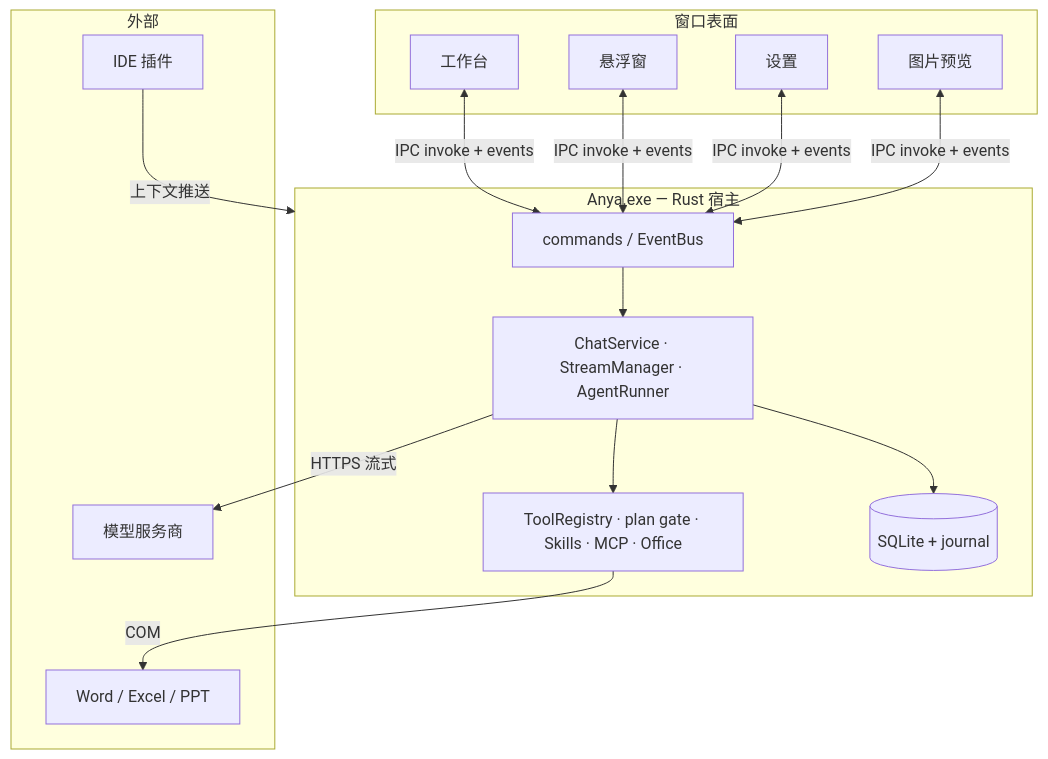
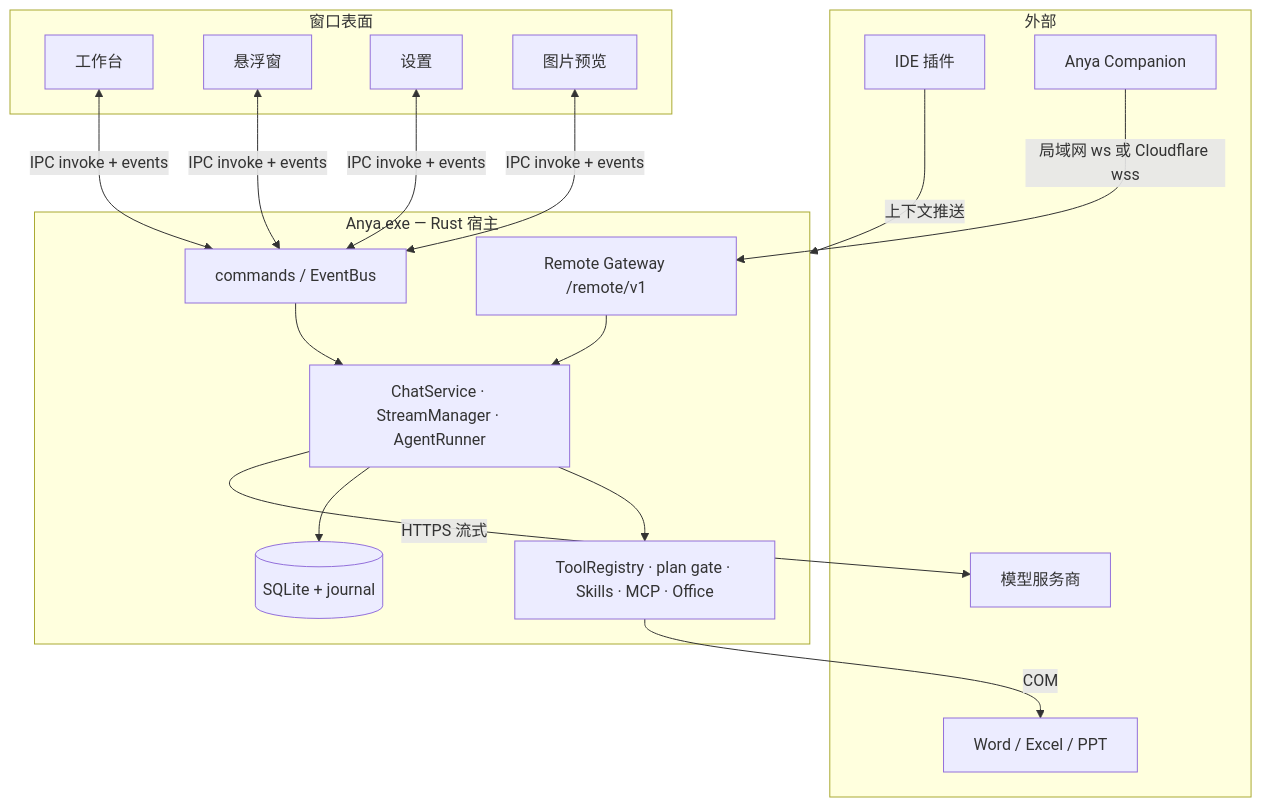
One commit to rururunu/Anya changed the second of 2 diagrams in README.zh-CN.md. Above: the diagram before and after it, drawn with Mermaid. The commit also changed other lines of this file and 71 other files, not shown here.

````diff
--- a/README.zh-CN.md
+++ b/README.zh-CN.md
@@ -184,30 +215,34 @@
 ```mermaid
 flowchart TB
   subgraph Surfaces["窗口表面"]
     WB[工作台]
     OV[悬浮窗]
     ST[设置]
     PV[图片预览]
   end
 
   subgraph Host["Anya.exe — Rust 宿主"]
     CMD[commands / EventBus]
     CHAT[ChatService · StreamManager · AgentRunner]
     TOOLS[ToolRegistry · plan gate · Skills · MCP · Office]
+    GW[Remote Gateway /remote/v1]
     STORE[(SQLite + journal)]
   end
 
   subgraph External["外部"]
     LLM[模型服务商]
     IDE[IDE 插件]
     OFFICE[Word / Excel / PPT]
+    PH[Anya Companion]
   end
 
   WB & OV & ST & PV <-->|IPC invoke + events| CMD
   CMD --> CHAT
   CHAT --> TOOLS
   CHAT --> STORE
+  GW --> CHAT
   CHAT -->|HTTPS 流式| LLM
   IDE -->|上下文推送| Host
   TOOLS -->|COM| OFFICE
+  PH -->|局域网 ws 或 Cloudflare wss| GW
 ```
````
